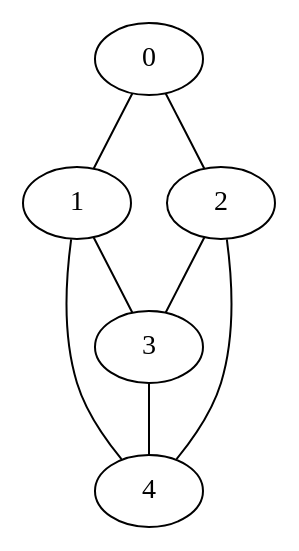
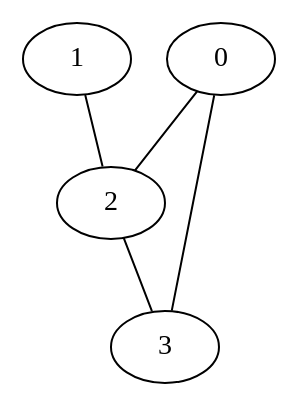
One commit to ricardo-ervilha/dcc001-trabalho changed the diagram in outputs/grafo.dot. Above: the diagram before and after it, drawn with Graphviz. The commit also changed 5 other files, not shown here.

```diff
--- a/outputs/grafo.dot
+++ b/outputs/grafo.dot
@@ -1,9 +1,6 @@
 graph grafo {
-	0 -- 1;
 	0 -- 2;
-	1 -- 3;
-	1 -- 4;
+	0 -- 3;
+	1 -- 2;
 	2 -- 3;
-	2 -- 4;
-	3 -- 4;
 }
```
